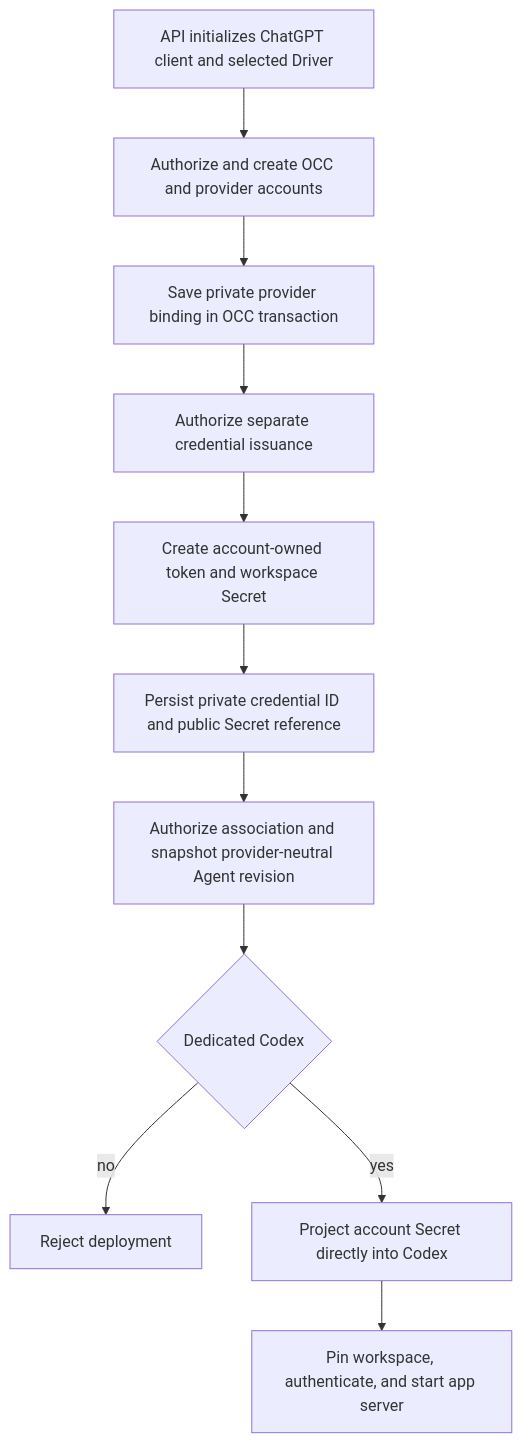
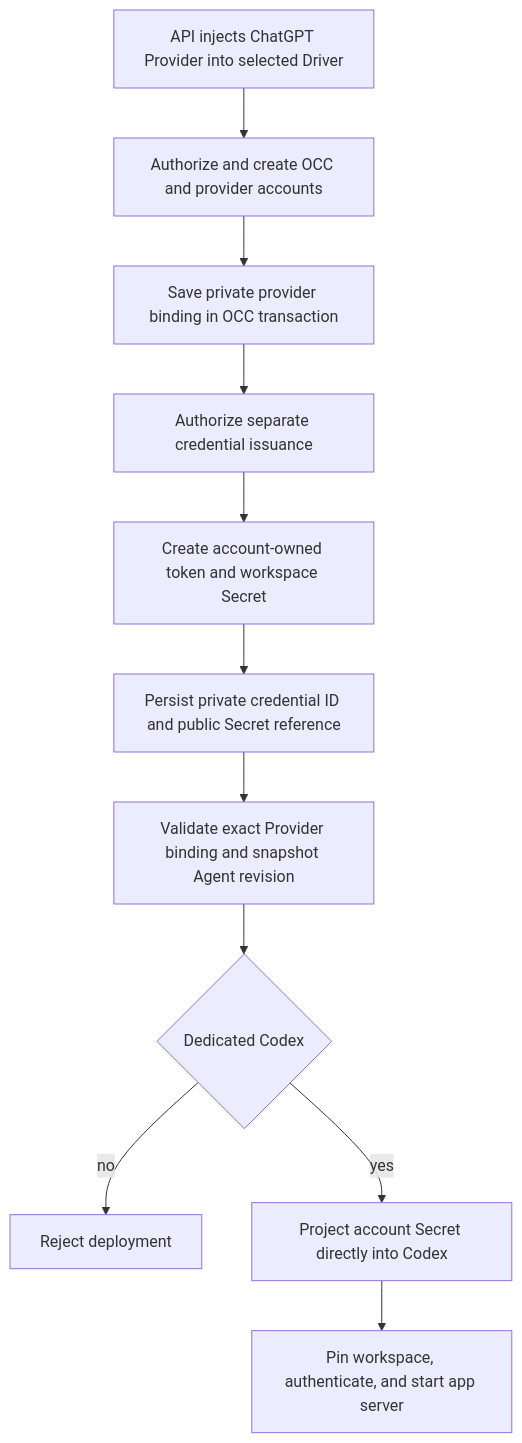
The diagram in docs/flows/service-account-driver-credential-delivery.md (IsaiahStapleton/openclaw-enterprise), drawn with Mermaid before and after one commit. The commit also changed other lines of this file and 57 other files, not shown here.

````diff
--- a/docs/flows/service-account-driver-credential-delivery.md
+++ b/docs/flows/service-account-driver-credential-delivery.md
@@ -27,13 +27,13 @@
 ```mermaid
 graph TD
-  A["API initializes ChatGPT client and selected Driver"] --> B["Authorize and create OCC and provider accounts"]
+  A["API injects ChatGPT Provider into selected Driver"] --> B["Authorize and create OCC and provider accounts"]
   B --> C["Save private provider binding in OCC transaction"]
   C --> D["Authorize separate credential issuance"]
   D --> E["Create account-owned token and workspace Secret"]
   E --> F["Persist private credential ID and public Secret reference"]
-  F --> G["Authorize association and snapshot provider-neutral Agent revision"]
+  F --> G["Validate exact Provider binding and snapshot Agent revision"]
   G --> H{"Dedicated Codex"}
   H -->|no| I["Reject deployment"]
   H -->|yes| J["Project account Secret directly into Codex"]
   J --> K["Pin workspace, authenticate, and start app server"]
 ```
````
